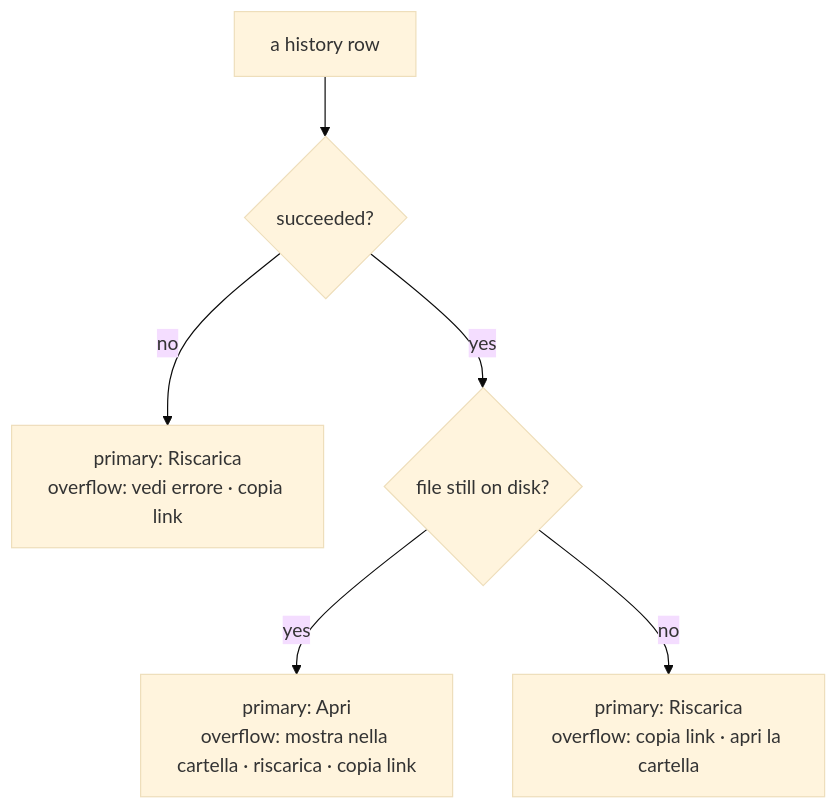
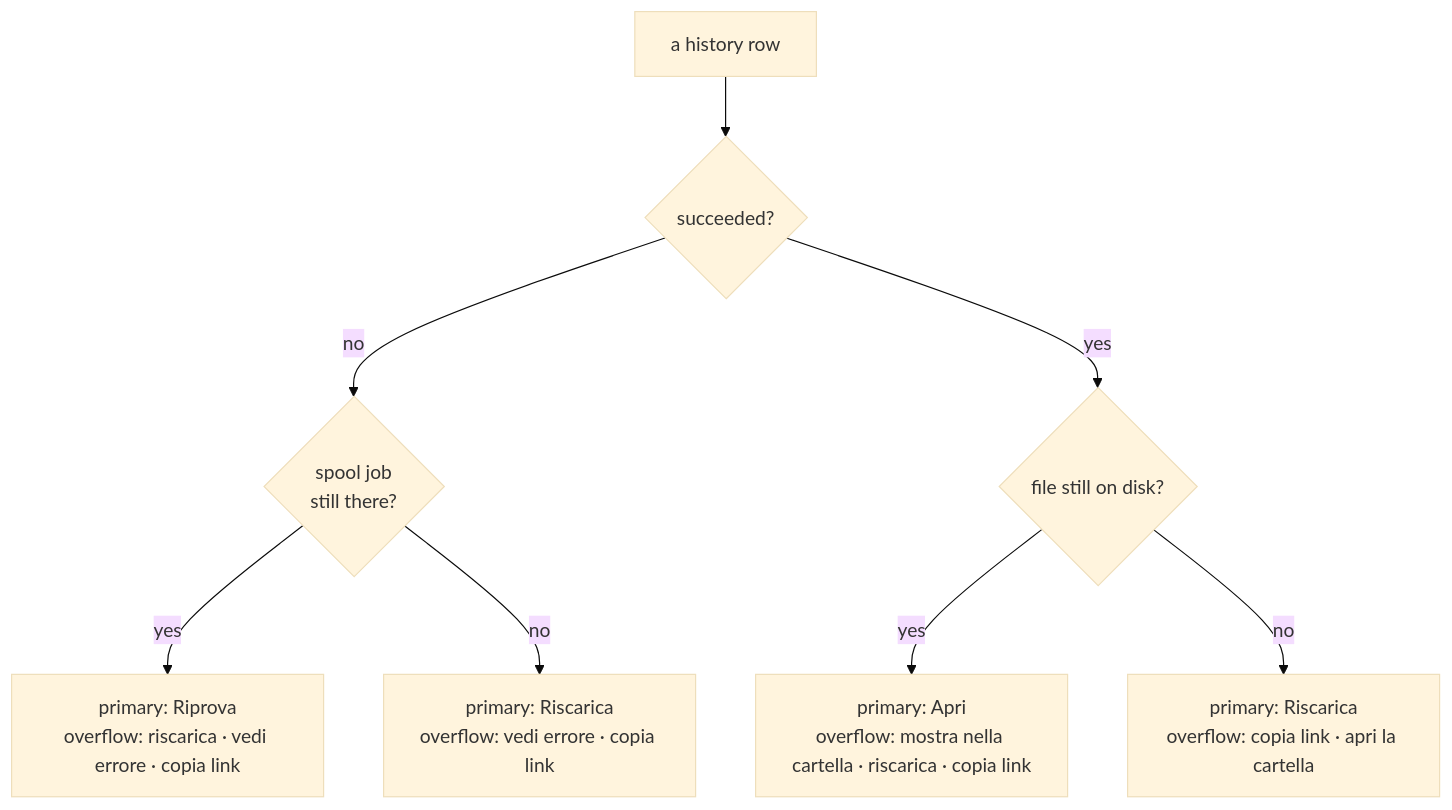
One commit to alergyonthestage/ytdl changed the first of 2 diagrams in docs/ux-principles.md. Above: the diagram before and after it, drawn with Mermaid (base theme). The commit also changed other lines of this file and 1 other file, not shown here.

````diff
--- a/docs/ux-principles.md
+++ b/docs/ux-principles.md
@@ -100,8 +106,10 @@
 ```mermaid
 flowchart TD
   R["a history row"] --> S{"succeeded?"}
-  S -->|no| RD["primary: Riscarica<br/>overflow: vedi errore · copia link"]
+  S -->|no| Q{"spool job<br/>still there?"}
+  Q -->|yes| RT["primary: Riprova<br/>overflow: riscarica · vedi errore · copia link"]
+  Q -->|no| RD["primary: Riscarica<br/>overflow: vedi errore · copia link"]
   S -->|yes| P{"file still on disk?"}
   P -->|yes| OP["primary: Apri<br/>overflow: mostra nella cartella · riscarica · copia link"]
   P -->|no| RD2["primary: Riscarica<br/>overflow: copia link · apri la cartella"]
 ```
````
